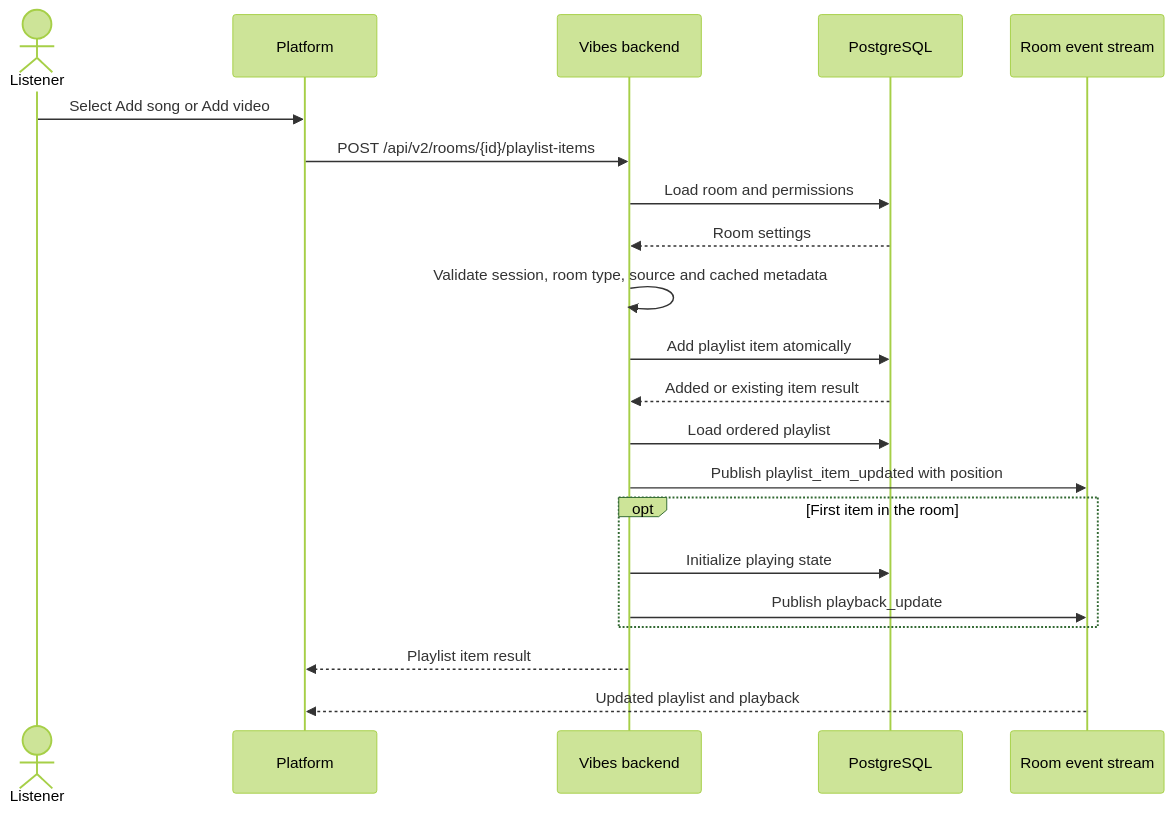
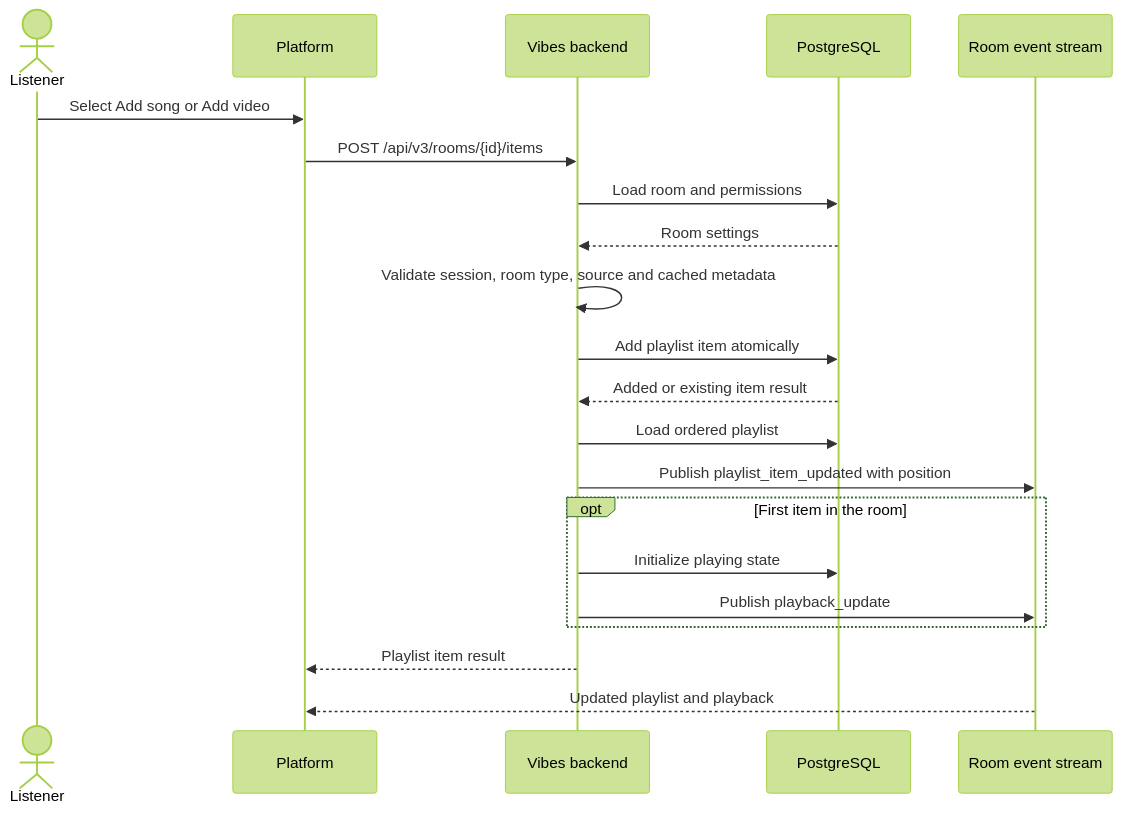
Before and after one commit to zoff-music/vibes-backend: the first of 3 diagrams in docs/flows/songs.md, drawn with Mermaid (forest theme). The commit also changed other lines of this file and 4 other files, not shown here.

````diff
--- a/docs/flows/songs.md
+++ b/docs/flows/songs.md
@@ -17,26 +17,26 @@
 ```mermaid
 sequenceDiagram
     actor Listener
     participant Platform
     participant API as Vibes backend
     participant DB as PostgreSQL
     participant Events as Room event stream
 
     Listener->>Platform: Select Add song or Add video
-    Platform->>API: POST /api/v2/rooms/{id}/playlist-items
+    Platform->>API: POST /api/v3/rooms/{id}/items
     API->>DB: Load room and permissions
     DB-->>API: Room settings
     API->>API: Validate session, room type, source and cached metadata
     API->>DB: Add playlist item atomically
     DB-->>API: Added or existing item result
     API->>DB: Load ordered playlist
     API->>Events: Publish playlist_item_updated with position
 
     opt First item in the room
         API->>DB: Initialize playing state
         API->>Events: Publish playback_update
     end
 
     API-->>Platform: Playlist item result
     Events-->>Platform: Updated playlist and playback
 ```
````
